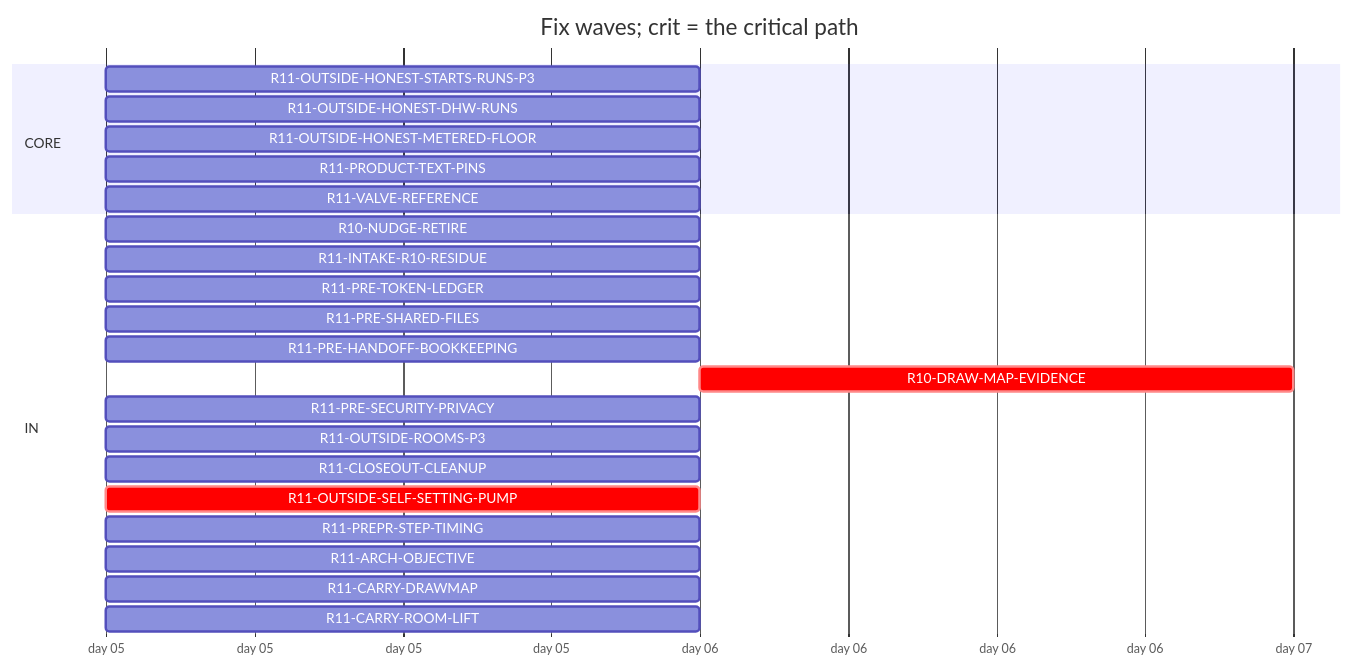
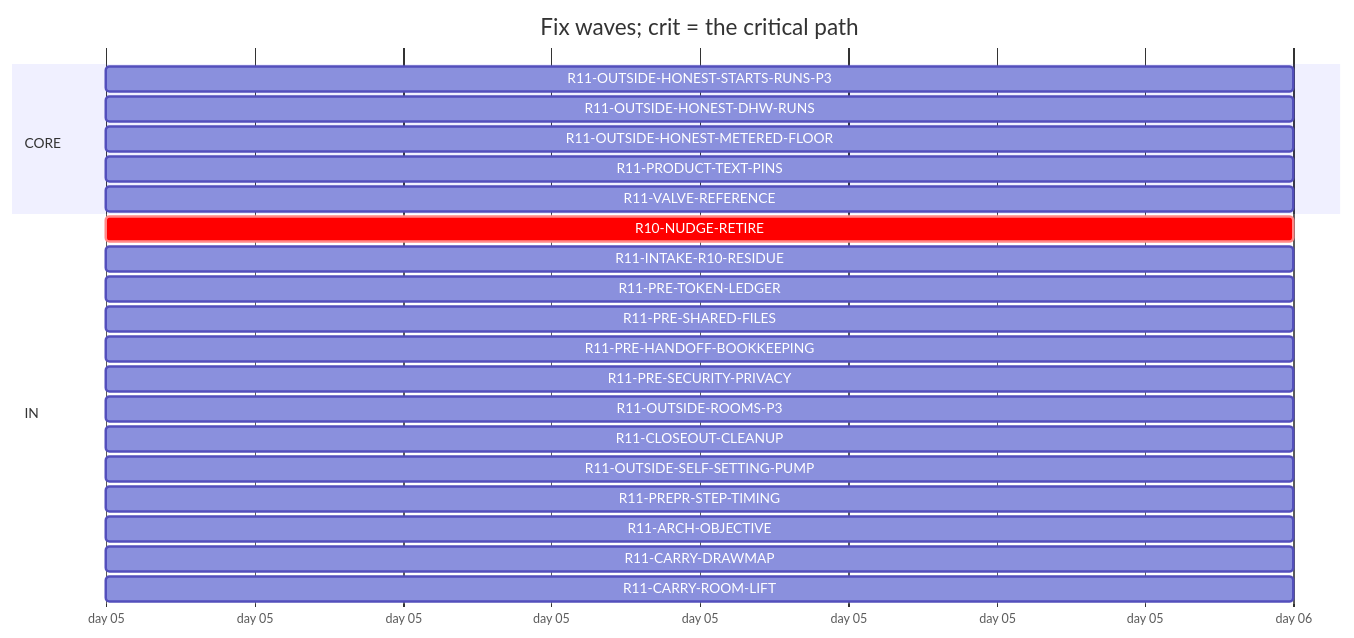
Before and after one commit to tvofi/heatpump_optimizer: the diagram in handoff/round11/state/PLAN-TABLE.md, drawn with Mermaid. The commit also changed other lines of this file and 4 other files, not shown here.

Commit message:
state: FLOW-BOARD.md, NEXT-SESSION-PROMPT.md, PLAN-TABLE.md, PLAN.html, RESUME-CURRENT.md regenerated (state_docs.py)

````diff
--- a/handoff/round11/state/PLAN-TABLE.md
+++ b/handoff/round11/state/PLAN-TABLE.md
@@ -15,27 +15,26 @@
 ```mermaid
 gantt
   title Fix waves; crit = the critical path
   dateFormat YYYY-MM-DD
   axisFormat day %d
   section CORE
     R11-OUTSIDE-HONEST-STARTS-RUNS-P3 :r11OUTSIDEHONESTSTARTSRUNSP3, 2026-01-05, 1d
     R11-OUTSIDE-HONEST-DHW-RUNS :r11OUTSIDEHONESTDHWRUNS, 2026-01-05, 1d
     R11-OUTSIDE-HONEST-METERED-FLOOR :r11OUTSIDEHONESTMETEREDFLOOR, 2026-01-05, 1d
     R11-PRODUCT-TEXT-PINS :r11PRODUCTTEXTPINS, 2026-01-05, 1d
     R11-VALVE-REFERENCE :r11VALVEREFERENCE, 2026-01-05, 1d
   section IN
-    R10-NUDGE-RETIRE :r10NUDGERETIRE, 2026-01-05, 1d
+    R10-NUDGE-RETIRE :crit, r10NUDGERETIRE, 2026-01-05, 1d
     R11-INTAKE-R10-RESIDUE :r11INTAKER10RESIDUE, 2026-01-05, 1d
     R11-PRE-TOKEN-LEDGER :r11PRETOKENLEDGER, 2026-01-05, 1d
     R11-PRE-SHARED-FILES :r11PRESHAREDFILES, 2026-01-05, 1d
     R11-PRE-HANDOFF-BOOKKEEPING :r11PREHANDOFFBOOKKEEPING, 2026-01-05, 1d
-    R10-DRAW-MAP-EVIDENCE :crit, r10DRAWMAPEVIDENCE, after r11OUTSIDESELFSETTINGPUMP, 1d
     R11-PRE-SECURITY-PRIVACY :r11PRESECURITYPRIVACY, 2026-01-05, 1d
     R11-OUTSIDE-ROOMS-P3 :r11OUTSIDEROOMSP3, 2026-01-05, 1d
     R11-CLOSEOUT-CLEANUP :r11CLOSEOUTCLEANUP, 2026-01-05, 1d
-    R11-OUTSIDE-SELF-SETTING-PUMP :crit, r11OUTSIDESELFSETTINGPUMP, 2026-01-05, 1d
+    R11-OUTSIDE-SELF-SETTING-PUMP :r11OUTSIDESELFSETTINGPUMP, 2026-01-05, 1d
     R11-PREPR-STEP-TIMING :r11PREPRSTEPTIMING, 2026-01-05, 1d
     R11-ARCH-OBJECTIVE :r11ARCHOBJECTIVE, 2026-01-05, 1d
     R11-CARRY-DRAWMAP :r11CARRYDRAWMAP, 2026-01-05, 1d
     R11-CARRY-ROOM-LIFT :r11CARRYROOMLIFT, 2026-01-05, 1d
 ```
````
